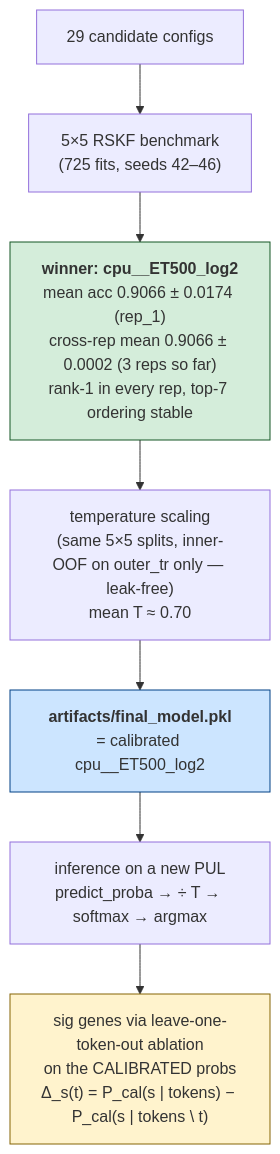
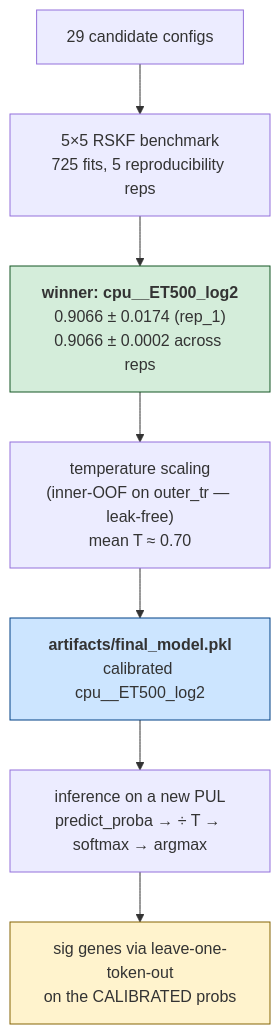
The diagram in README.md (vedpiyush93-stack/subFinder_May_Release), drawn with Mermaid before and after one commit. The commit also changed other lines of this file, not shown here.

````diff
--- a/README.md
+++ b/README.md
@@ -31,12 +41,12 @@
 ```mermaid
 flowchart TD
-    A[29 candidate configs] --> B["5×5 RSKF benchmark<br/>(725 fits, seeds 42–46)"]
-    B --> C["<b>winner: cpu__ET500_log2</b><br/>mean acc 0.9066 ± 0.0174 (rep_1)<br/>cross-rep mean 0.9066 ± 0.0002 (3 reps so far)<br/>rank-1 in every rep, top-7 ordering stable"]
-    C --> D["temperature scaling<br/>(same 5×5 splits, inner-OOF on outer_tr only — leak-free)<br/>mean T ≈ 0.70"]
-    D --> E["<b>artifacts/final_model.pkl</b><br/>= calibrated cpu__ET500_log2"]
+    A[29 candidate configs] --> B["5×5 RSKF benchmark<br/>725 fits, 5 reproducibility reps"]
+    B --> C["<b>winner: cpu__ET500_log2</b><br/>0.9066 ± 0.0174 (rep_1)<br/>0.9066 ± 0.0002 across reps"]
+    C --> D["temperature scaling<br/>(inner-OOF on outer_tr — leak-free)<br/>mean T ≈ 0.70"]
+    D --> E["<b>artifacts/final_model.pkl</b><br/>calibrated cpu__ET500_log2"]
     E --> F["inference on a new PUL<br/>predict_proba → ÷ T → softmax → argmax"]
-    F --> G["sig genes via leave-one-token-out ablation<br/>on the CALIBRATED probs<br/>Δ_s(t) = P_cal(s | tokens) − P_cal(s | tokens \ t)"]
+    F --> G["sig genes via leave-one-token-out<br/>on the CALIBRATED probs"]
     style C fill:#d4edda,stroke:#155724
     style E fill:#cce5ff,stroke:#004085
     style G fill:#fff3cd,stroke:#856404
 ```
````
